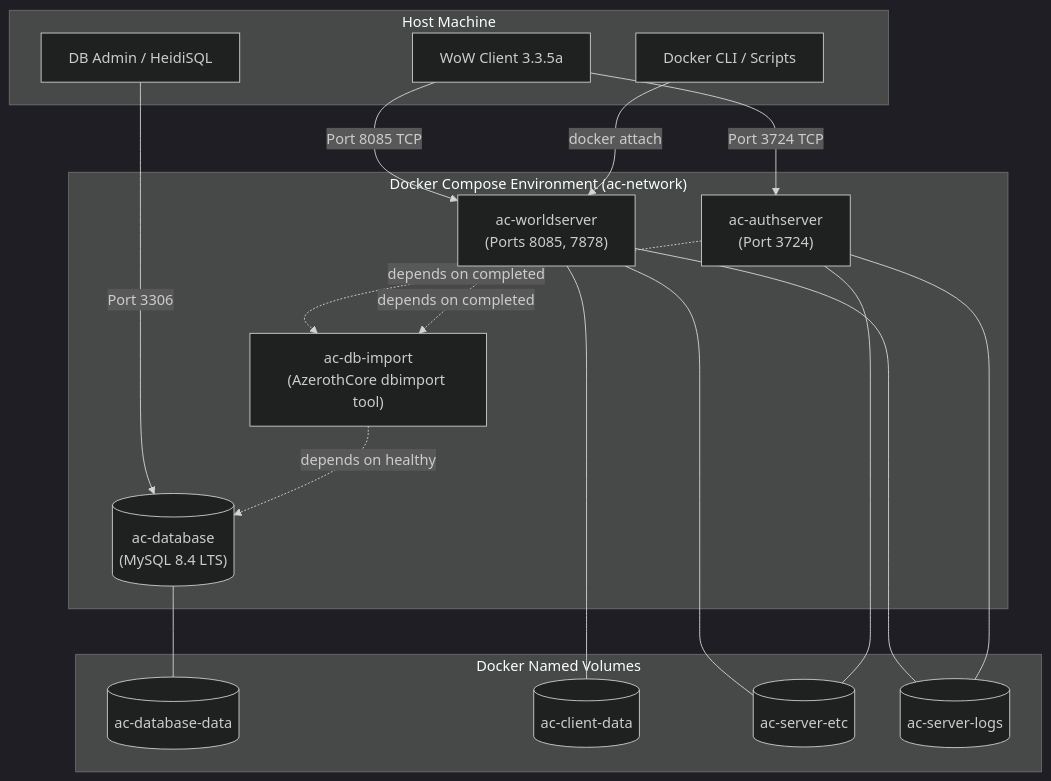
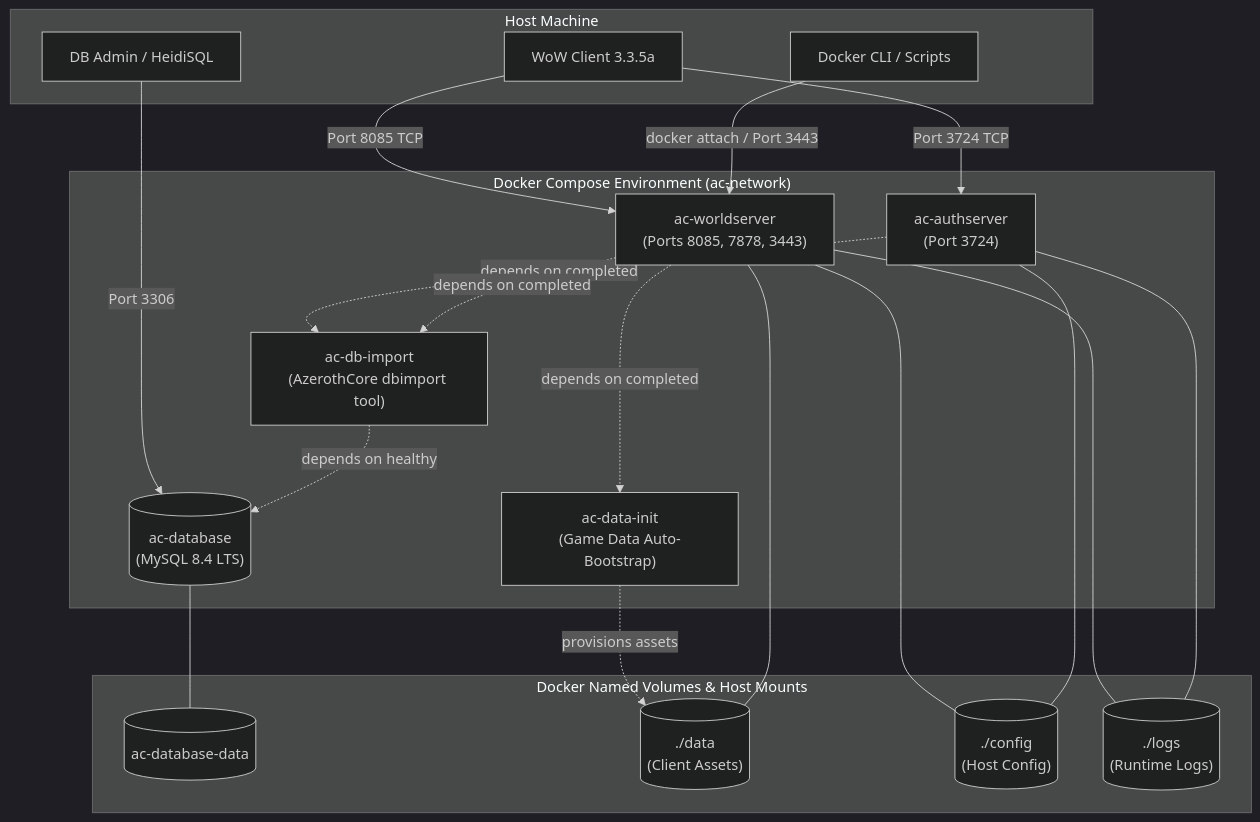
One commit to d3athbl0w/CoA-Docker changed the diagram in README.md. Above: the diagram before and after it, drawn with Mermaid (dark theme). The commit also changed other lines of this file and 2 other files, not shown here.

Commit message:
[Feature] Implement automated game data bootstrap init container for zero-touch deployments

````diff
--- a/README.md
+++ b/README.md
@@ -58,41 +58,44 @@
 ```mermaid
 graph TD
     subgraph Host ["Host Machine"]
         Client["WoW Client 3.3.5a"]
         Admin["DB Admin / HeidiSQL"]
         HostCLI["Docker CLI / Scripts"]
     end
 
     subgraph Compose ["Docker Compose Environment (ac-network)"]
         DB[("ac-database\n(MySQL 8.4 LTS)")]
         DBImport["ac-db-import\n(AzerothCore dbimport tool)"]
+        DataInit["ac-data-init\n(Game Data Auto-Bootstrap)"]
         Auth["ac-authserver\n(Port 3724)"]
-        World["ac-worldserver\n(Ports 8085, 7878)"]
+        World["ac-worldserver\n(Ports 8085, 7878, 3443)"]
     end
 
-    subgraph Volumes ["Docker Named Volumes"]
+    subgraph Volumes ["Docker Named Volumes & Host Mounts"]
         VolDB[("ac-database-data")]
-        VolData[("ac-client-data")]
-        VolEtc[("ac-server-etc")]
-        VolLogs[("ac-server-logs")]
+        VolData[("./data\n(Client Assets)")]
+        VolEtc[("./config\n(Host Config)")]
+        VolLogs[("./logs\n(Runtime Logs)")]
     end
 
     %% Networking
     Admin -->|Port 3306| DB
     Client -->|Port 3724 TCP| Auth
     Client -->|Port 8085 TCP| World
-    HostCLI -->|docker attach| World
+    HostCLI -->|docker attach / Port 3443| World
 
     %% Service dependencies
     DBImport -.->|depends on healthy| DB
     Auth -.->|depends on completed| DBImport
+    DataInit -.->|provisions assets| VolData
     World -.->|depends on completed| DBImport
+    World -.->|depends on completed| DataInit
 
     %% Volume mounts
     DB --- VolDB
     World --- VolData
     World --- VolEtc
     Auth --- VolEtc
     World --- VolLogs
     Auth --- VolLogs
 ```
````
